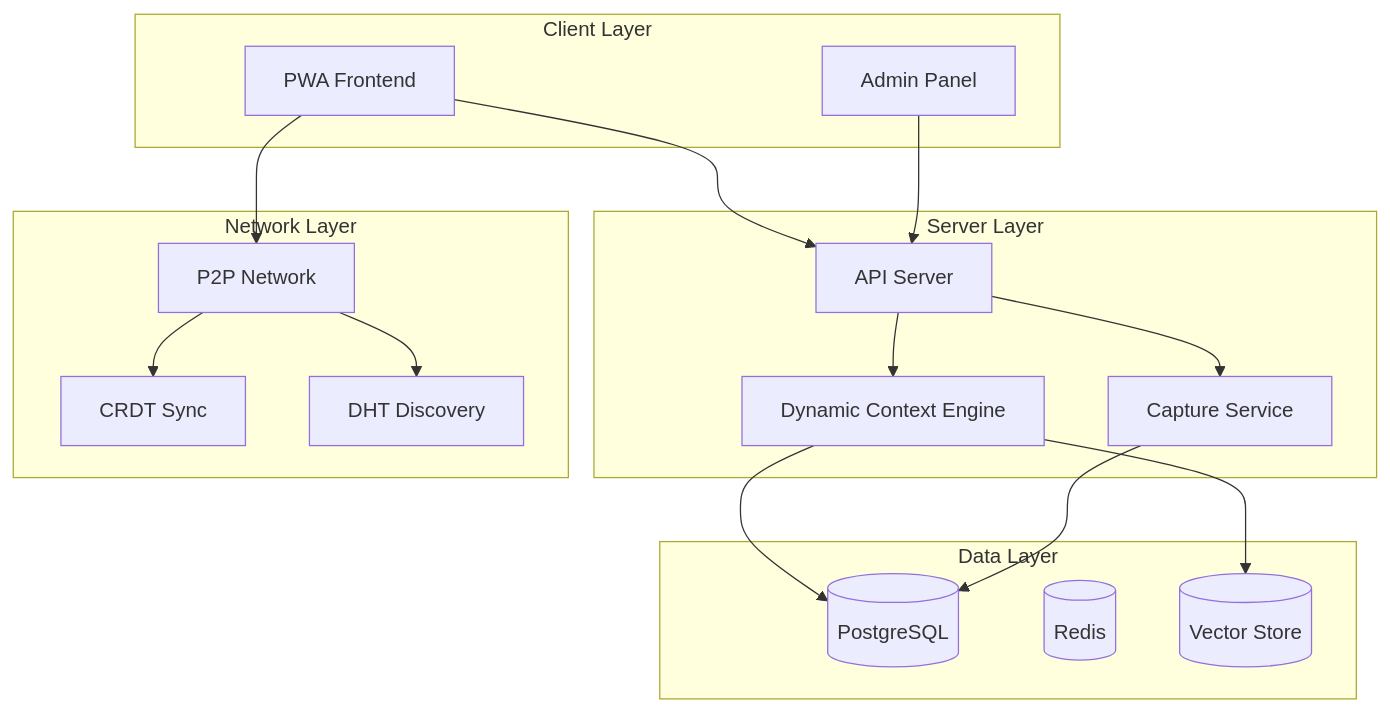
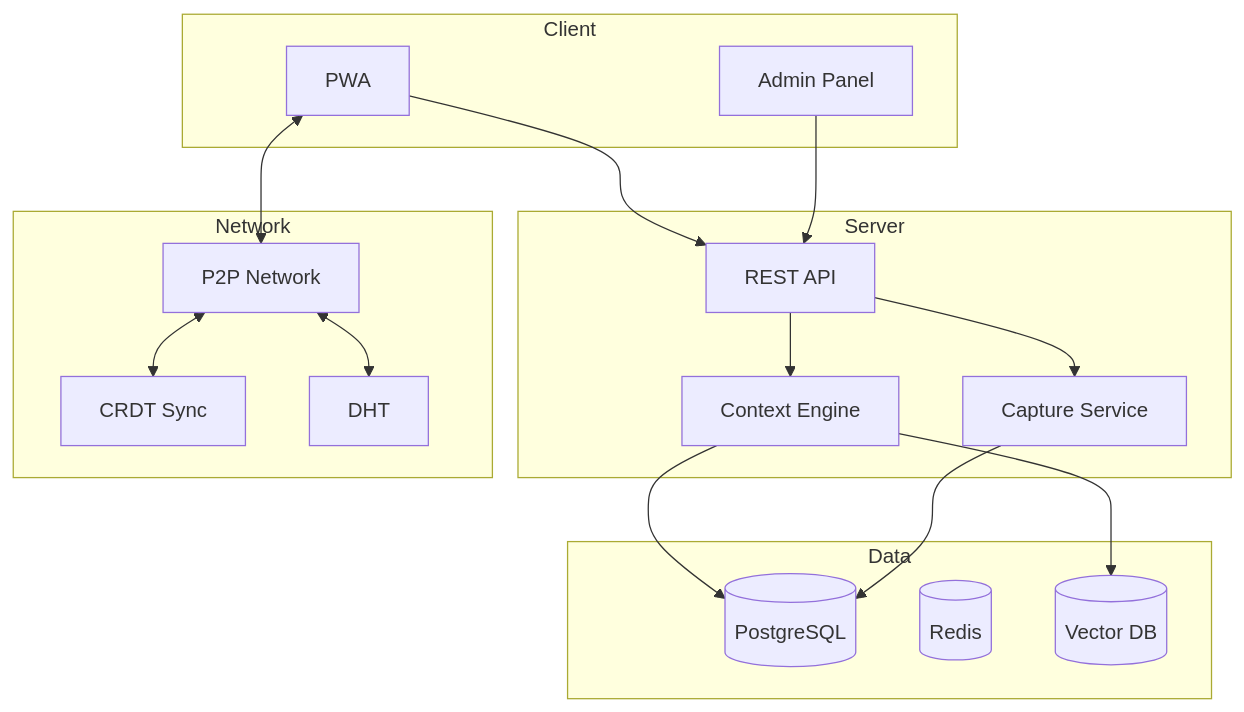
The third of 3 diagrams in docs/getting-started/introduction.md (owenservera/vivim-app), drawn with Mermaid before and after one commit. The commit also changed other lines of this file and 314 other files, not shown here.

````diff
--- a/docs/getting-started/introduction.md
+++ b/docs/getting-started/introduction.md
@@ -26,36 +165,36 @@
 ```mermaid
-graph TB
-    subgraph "Client Layer"
-        PWA[PWA Frontend]
+flowchart TB
+    subgraph Client
+        PWA[PWA]
         Admin[Admin Panel]
     end
     
-    subgraph "Server Layer"
-        API[API Server]
-        Context[Dynamic Context Engine]
+    subgraph Server
+        API[REST API]
+        Context[Context Engine]
         Capture[Capture Service]
     end
     
-    subgraph "Data Layer"
+    subgraph Data
         DB[(PostgreSQL)]
         Redis[(Redis)]
-        Vector[(Vector Store)]
+        Vector[(Vector DB)]
     end
     
-    subgraph "Network Layer"
+    subgraph Network
         P2P[P2P Network]
         CRDT[CRDT Sync]
-        DHT[DHT Discovery]
+        DHT[DHT]
     end
     
     PWA --> API
     Admin --> API
     API --> Context
     API --> Capture
     Context --> DB
     Context --> Vector
     Capture --> DB
-    PWA --> P2P
-    P2P --> CRDT
-    P2P --> DHT
+    PWA <--> P2P
+    P2P <--> CRDT
+    P2P <--> DHT
 ```
````
